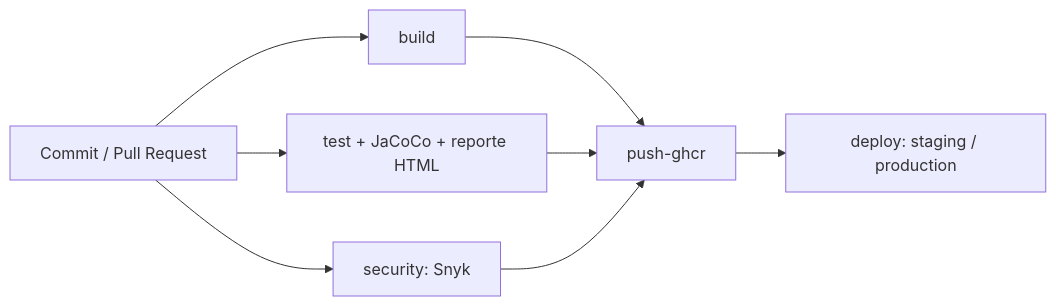
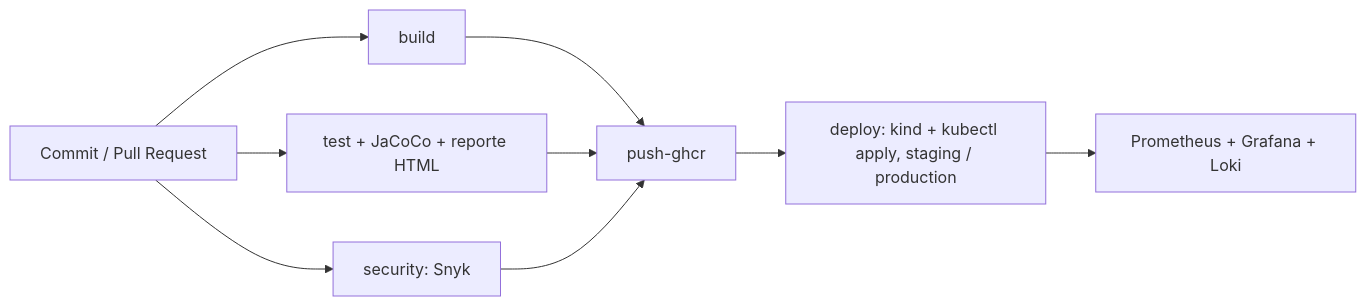
The diagram in README.md (Fakiier/devops_007d_ols), drawn with Mermaid before and after one commit. The commit also changed other lines of this file and 1 other file, not shown here.

Commit message:
ci: desplegar en kind con kubectl apply y documentar en el README

````diff
--- a/README.md
+++ b/README.md
@@ -117,10 +117,11 @@
 ```mermaid
 flowchart LR
     A[Commit / Pull Request] --> B[build]
     A --> C[test + JaCoCo + reporte HTML]
     A --> D[security: Snyk]
     B --> E[push-ghcr]
     C --> E
     D --> E
-    E --> F[deploy: staging / production]
+    E --> F[deploy: kind + kubectl apply, staging / production]
+    F --> G[Prometheus + Grafana + Loki]
 ```
````
